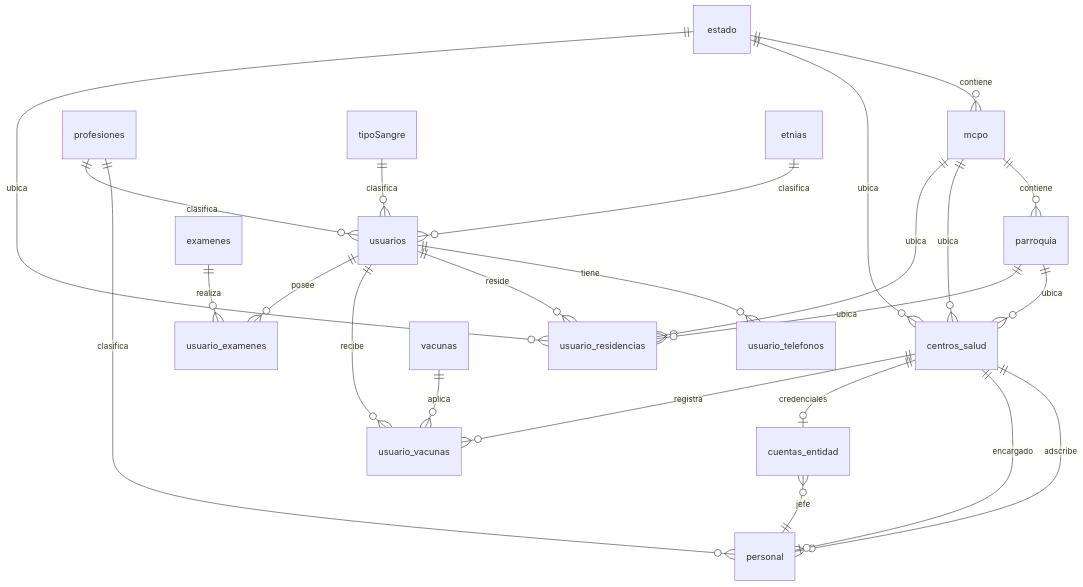
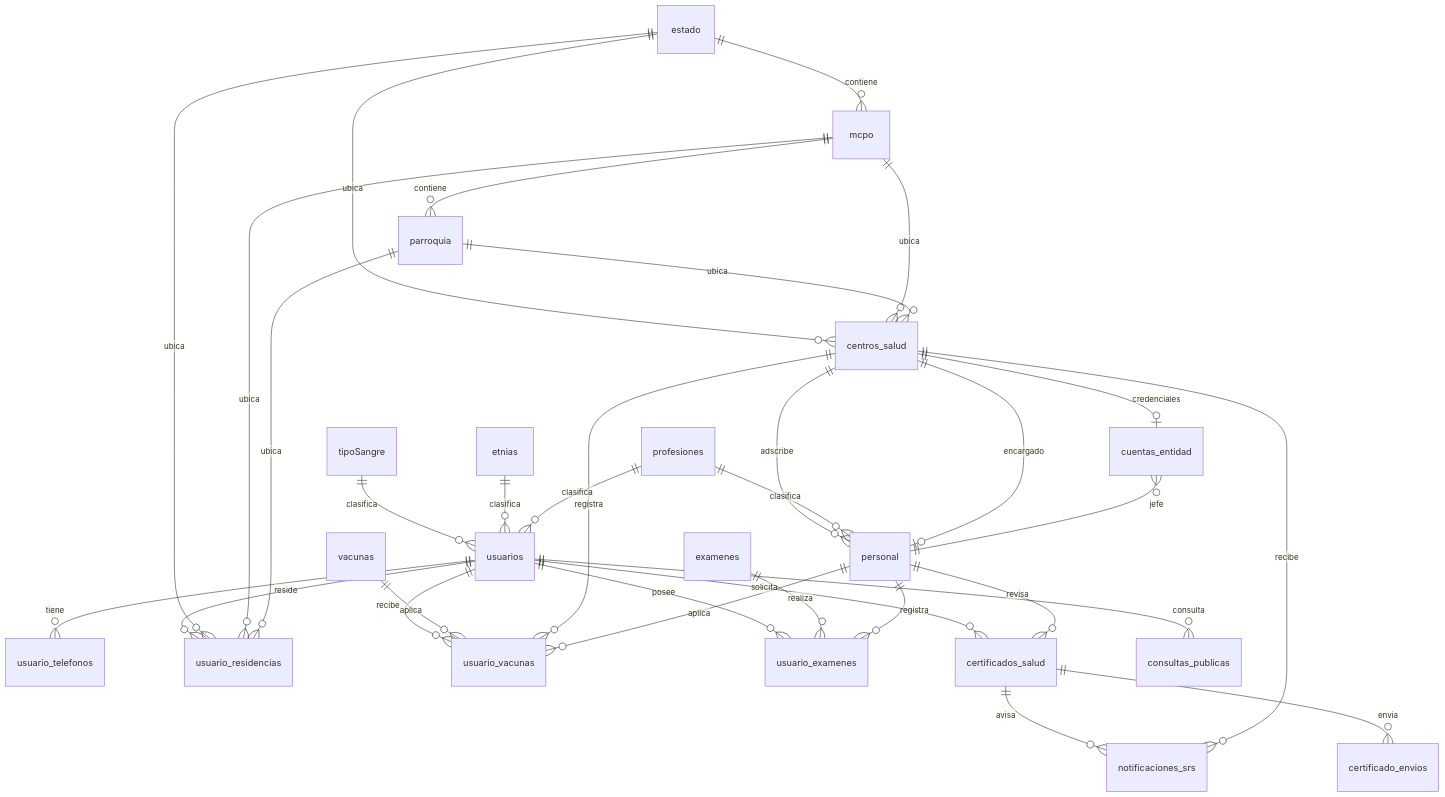
One commit to svengeance07/VIHpositivoXD changed the first of 2 diagrams in docs/diseno/modelo-datos.md. Above: the diagram before and after it, drawn with Mermaid. The commit also changed other lines of this file and 23 other files, not shown here.

First line of the commit message:
feat: completar consulta publica y flujo de certificados

````diff
--- a/docs/diseno/modelo-datos.md
+++ b/docs/diseno/modelo-datos.md
@@ -58,34 +70,43 @@
 ```mermaid
 erDiagram
     estado ||--o{ mcpo : contiene
     mcpo ||--o{ parroquia : contiene
 
     estado ||--o{ centros_salud : ubica
     mcpo ||--o{ centros_salud : ubica
     parroquia ||--o{ centros_salud : ubica
 
     centros_salud ||--o{ personal : adscribe
     profesiones ||--o{ personal : clasifica
     centros_salud ||--o| personal : encargado
 
     centros_salud ||--o| cuentas_entidad : credenciales
     cuentas_entidad }o--|| personal : jefe
 
     tipoSangre ||--o{ usuarios : clasifica
     etnias ||--o{ usuarios : clasifica
     profesiones ||--o{ usuarios : clasifica
 
     usuarios ||--o{ usuario_telefonos : tiene
     usuarios ||--o{ usuario_residencias : reside
 
     estado ||--o{ usuario_residencias : ubica
     mcpo ||--o{ usuario_residencias : ubica
     parroquia ||--o{ usuario_residencias : ubica
 
     usuarios ||--o{ usuario_vacunas : recibe
     vacunas ||--o{ usuario_vacunas : aplica
     centros_salud ||--o{ usuario_vacunas : registra
+    personal ||--o{ usuario_vacunas : aplica
 
     usuarios ||--o{ usuario_examenes : posee
     examenes ||--o{ usuario_examenes : realiza
+    personal ||--o{ usuario_examenes : registra
+
+    usuarios ||--o{ certificados_salud : solicita
+    personal ||--o{ certificados_salud : revisa
+    certificados_salud ||--o{ notificaciones_srs : avisa
+    centros_salud ||--o{ notificaciones_srs : recibe
+    certificados_salud ||--o{ certificado_envios : envia
+    usuarios ||--o{ consultas_publicas : consulta
 ```
````
